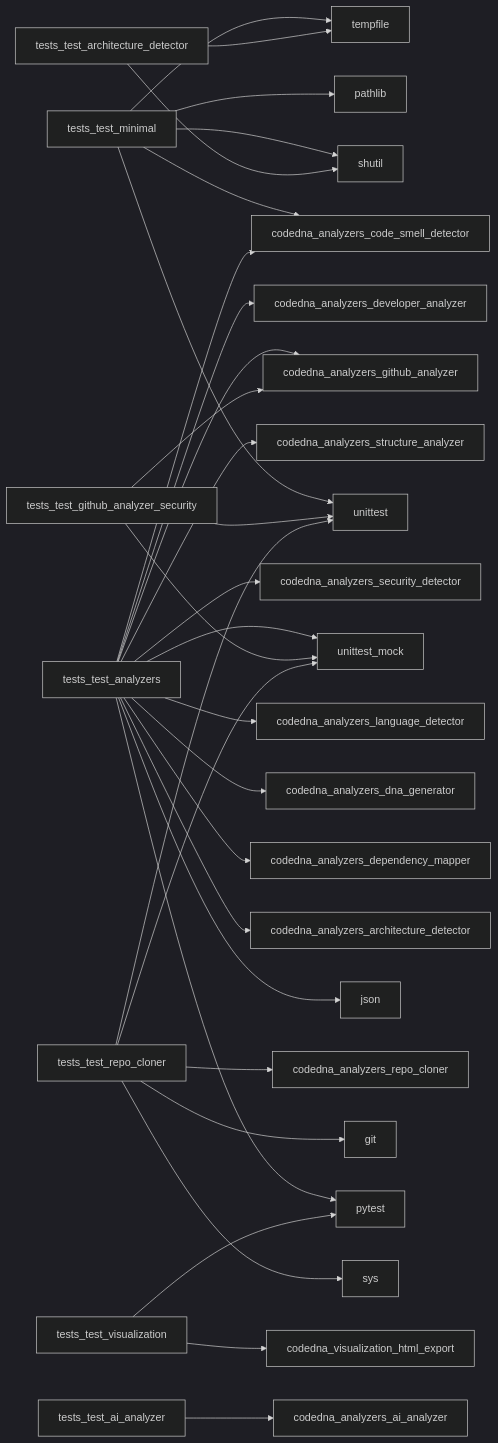
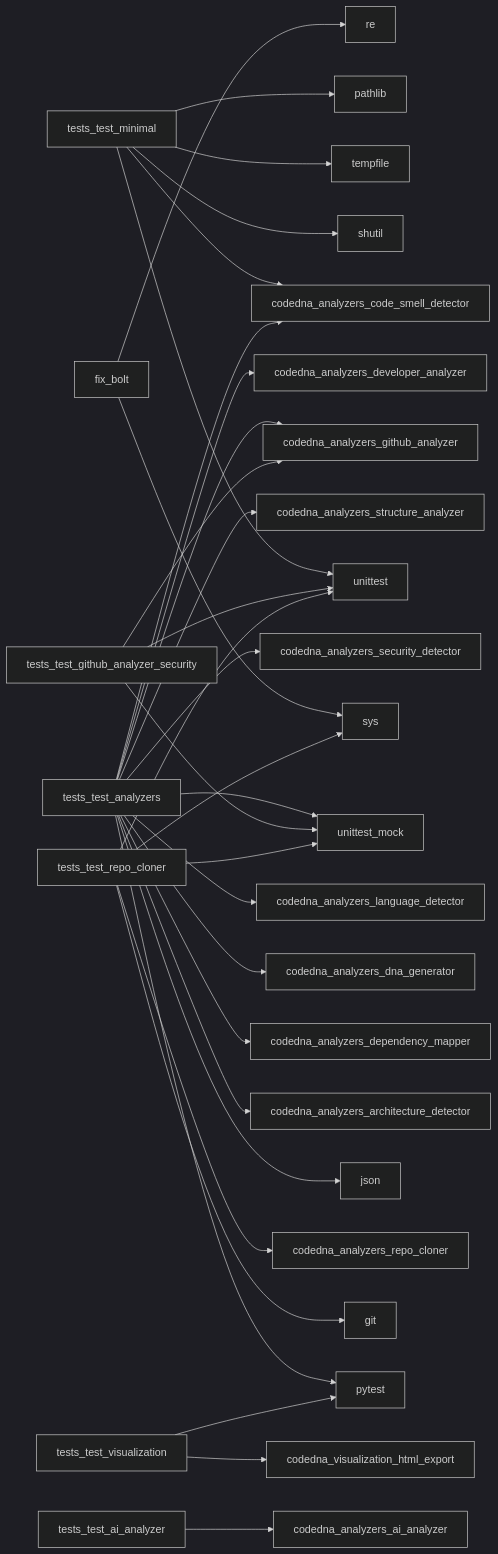
Before and after one commit to shenald-dev/codedna: the diagram in reports/dna_report.md, drawn with Mermaid (dark theme). The commit also changed other lines of this file and 3 other files, not shown here.

````diff
--- a/reports/dna_report.md
+++ b/reports/dna_report.md
@@ -50,33 +50,33 @@
 ```mermaid
 graph LR
+    fix_bolt --> sys
+    fix_bolt --> re
     tests_test_minimal --> shutil
     tests_test_minimal --> tempfile
     tests_test_minimal --> unittest
     tests_test_minimal --> pathlib
     tests_test_minimal --> codedna_analyzers_code_smell_detector
     tests_test_analyzers --> pytest
     tests_test_analyzers --> json
     tests_test_analyzers --> codedna_analyzers_architecture_detector
     tests_test_analyzers --> codedna_analyzers_code_smell_detector
     tests_test_analyzers --> codedna_analyzers_dependency_mapper
     tests_test_analyzers --> codedna_analyzers_dna_generator
     tests_test_analyzers --> codedna_analyzers_github_analyzer
     tests_test_analyzers --> codedna_analyzers_language_detector
     tests_test_analyzers --> codedna_analyzers_security_detector
     tests_test_analyzers --> codedna_analyzers_structure_analyzer
     tests_test_analyzers --> codedna_analyzers_developer_analyzer
     tests_test_analyzers --> unittest_mock
     tests_test_visualization --> pytest
     tests_test_visualization --> codedna_visualization_html_export
     tests_test_github_analyzer_security --> unittest
     tests_test_github_analyzer_security --> unittest_mock
     tests_test_github_analyzer_security --> codedna_analyzers_github_analyzer
     tests_test_ai_analyzer --> codedna_analyzers_ai_analyzer
     tests_test_repo_cloner --> sys
     tests_test_repo_cloner --> unittest
     tests_test_repo_cloner --> git
     tests_test_repo_cloner --> unittest_mock
     tests_test_repo_cloner --> codedna_analyzers_repo_cloner
-    tests_test_architecture_detector --> shutil
-    tests_test_architecture_detector --> tempfile
 ```
````
